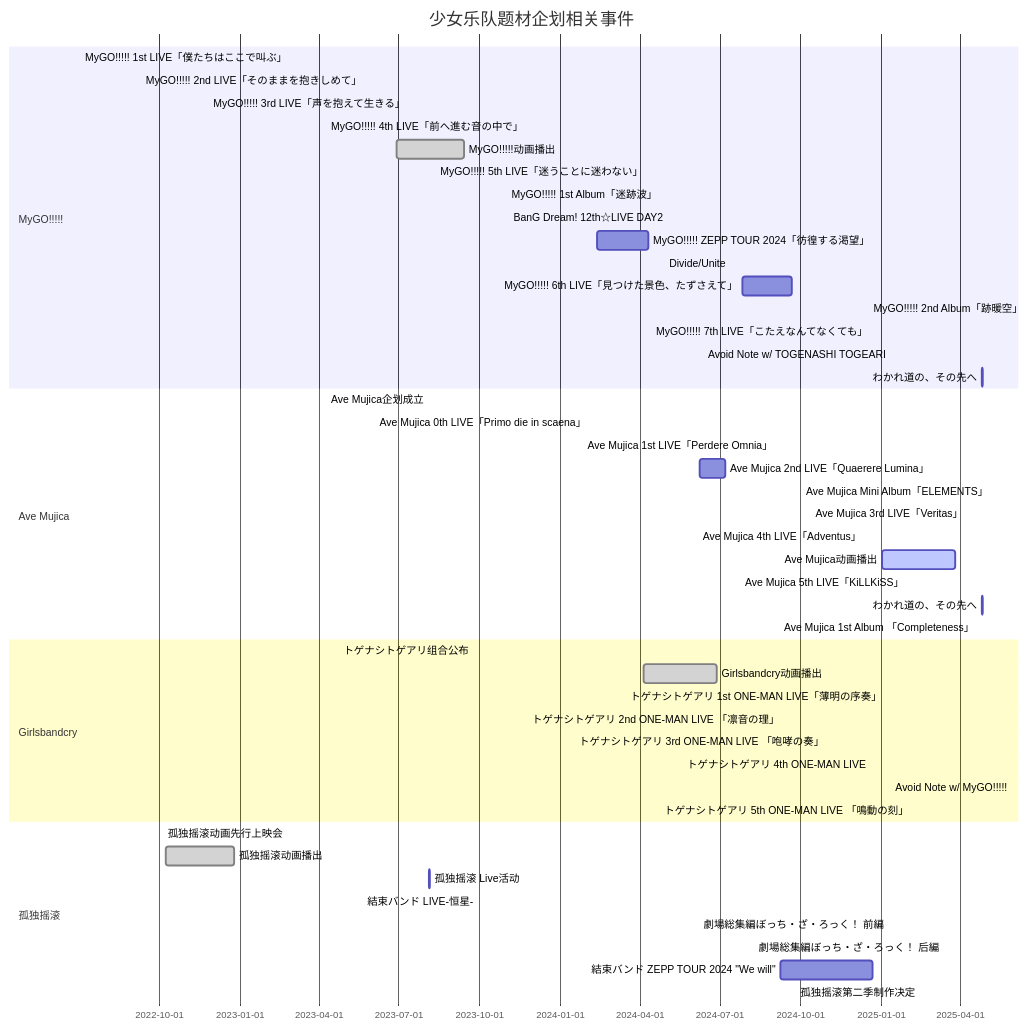
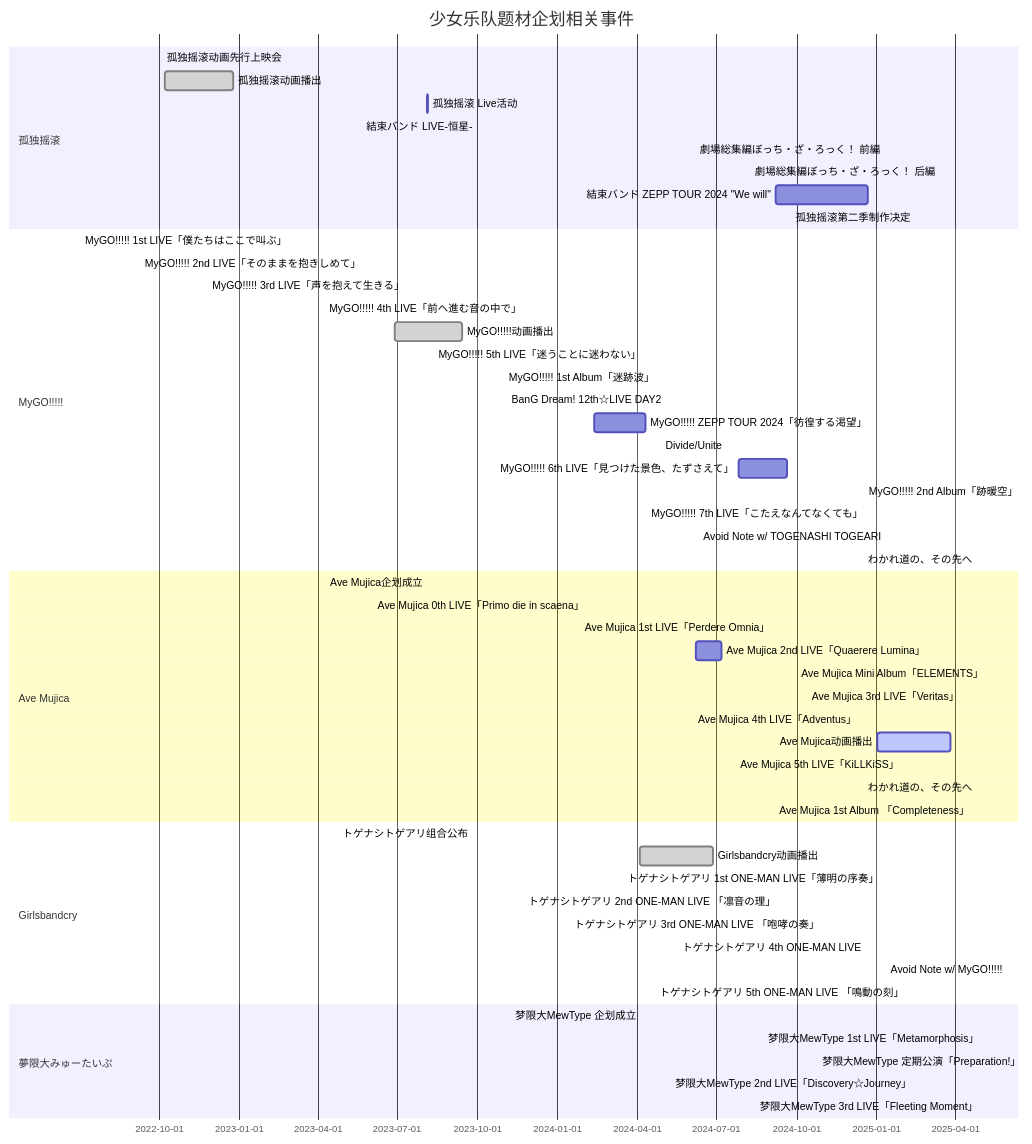
One commit to Chinasd1st/Chinasd1st.github.io changed the second of 2 diagrams in src/post/GirlsBands.md. Above: the diagram before and after it, drawn with Mermaid. The commit also changed other lines of this file, not shown here.

````diff
--- a/src/post/GirlsBands.md
+++ b/src/post/GirlsBands.md
@@ -17,58 +21,64 @@
 ```mermaid
 gantt
     title 少女乐队题材企划相关事件
     dateFormat  YYYY-MM-DD
+
+    section 孤独摇滚
+    孤独摇滚动画先行上映会 :done, 2022-10-05, 2022-10-05
+    孤独摇滚动画播出 :done, 2022-10-08, 2022-12-25
+    孤独摇滚 Live活动 : 2023-08-05, 2023-08-06
+    結束バンド LIVE-恒星- : 2023-05-21, 2023-05-21
+    劇場総集編ぼっち・ざ・ろっく！ 前編 : 2024-06-07, 2024-06-07
+    劇場総集編ぼっち・ざ・ろっく！ 后編 : 2024-08-09,2024-08-09
+    結束バンド ZEPP TOUR 2024 "We will" : 2024-09-08, 2024-12-22
+    孤独摇滚第二季制作决定 : 2025-02-15, 2025-02-15
+    
     section MyGO!!!!!
     %%MyGO!!!!!企划成立 :done, 2021-07-01, 2021-07-01
     MyGO!!!!! 1st LIVE「僕たちはここで叫ぶ」 : 2022-07-03, 2022-07-03
     MyGO!!!!! 2nd LIVE「そのままを抱きしめて」 : 2022-09-10, 2022-09-10
     MyGO!!!!! 3rd LIVE「声を抱えて生きる」 : 2022-11-26, 2022-11-26
     MyGO!!!!! 4th LIVE「前へ進む音の中で」 : 2023-04-09, 2023-04-09
     MyGO!!!!!动画播出 :done, 2023-06-29, 2023-09-14
     MyGO!!!!! 5th LIVE「迷うことに迷わない」 : 2023-08-12, 2023-08-12
     MyGO!!!!! 1st Album「迷跡波」: 2023-11-01, 2023-11-01
     BanG Dream! 12th☆LIVE DAY2:ちいさな一瞬 : 2023-11-04, 2023-11-04   
     MyGO!!!!! ZEPP TOUR 2024「彷徨する渇望」 : 2024-02-12, 2024-04-11
     Divide/Unite : 2024-04-29, 2024-04-29
     MyGO!!!!! 6th LIVE「見つけた景色、たずさえて」 : 2024-07-27, 2024-09-21    
     MyGO!!!!! 2nd Album「跡暖空」 : 2024-12-18, 2024-12-18
     MyGO!!!!! 7th LIVE「こたえなんてなくても」 : 2024-12-22, 2024-12-22
     Avoid Note w/ TOGENASHI TOGEARI : 2025-01-12, 2025-01-12
     わかれ道の、その先へ : 2025-04-26, 2025-04-27
 
 
     section Ave Mujica
     Ave Mujica企划成立 :done, 2023-04-10, 2023-04-10
     Ave Mujica 0th LIVE「Primo die in scaena」 : 2023-06-04, 2023-06-04
     Ave Mujica 1st LIVE「Perdere Omnia」 : 2024-01-27, 2024-01-27
     Ave Mujica 2nd LIVE「Quaerere Lumina」 : 2024-06-08, 2024-07-07
     Ave Mujica Mini Album「ELEMENTS」 : 2024-10-02, 2024-10-02
     Ave Mujica 3rd LIVE「Veritas」 : 2024-10-13, 2024-10-13
     Ave Mujica 4th LIVE「Adventus」 : 2024-12-15, 2024-12-15
     Ave Mujica动画播出 :active, 2025-01-02, 2025-03-27
     Ave Mujica 5th LIVE「KiLLKiSS」 : 2025-02-02, 2025-02-02
-    
     わかれ道の、その先へ : 2025-04-26, 2025-04-27
     Ave Mujica 1st Album 「Completeness」 : 2025-04-23, 2025-04-23
 
     section Girlsbandcry
     トゲナシトゲアリ组合公布 :done, 2023-04-24, 2023-04-24
     Girlsbandcry动画播出 :done, 2024-04-05, 2024-06-28
     トゲナシトゲアリ 1st ONE-MAN LIVE「薄明の序奏」 : 2024-03-16, 2024-03-16
     トゲナシトゲアリ 2nd ONE-MAN LIVE 「凛音の理」 : 2024-09-13, 2024-09-13
     トゲナシトゲアリ 3rd ONE-MAN LIVE 「咆哮の奏」 : 2024-11-02, 2024-11-02
     トゲナシトゲアリ 4th ONE-MAN LIVE : 2024-12-20, 2024-12-20
     Avoid Note w/ MyGO!!!!! : 2025-01-12, 2025-01-12
     トゲナシトゲアリ 5th ONE-MAN LIVE 「鳴動の刻」 : 2025-02-07, 2025-02-07
     
-
-    section 孤独摇滚
-    孤独摇滚动画先行上映会 :done, 2022-10-05, 2022-10-05
-    孤独摇滚动画播出 :done, 2022-10-08, 2022-12-25
-    孤独摇滚 Live活动 : 2023-08-05, 2023-08-06
-    結束バンド LIVE-恒星- : 2023-05-21, 2023-05-21
-    劇場総集編ぼっち・ざ・ろっく！ 前編 : 2024-06-07, 2024-06-07
-    劇場総集編ぼっち・ざ・ろっく！ 后編 : 2024-08-09,2024-08-09
-    結束バンド ZEPP TOUR 2024 "We will" : 2024-09-08, 2024-12-22
-    孤独摇滚第二季制作决定 : 2025-02-15, 2025-02-15
+    section 夢限大みゅーたいぷ
+    梦限大MewType 企划成立 : 2023.11.09, 2023.11.09
+    梦限大MewType 1st LIVE「Metamorphosis」: 2024.08.24, 2024.08.24
+    梦限大MewType 定期公演「Preparation!」: 2024.10.25, 2024.12.20
+    梦限大MewType 2nd LIVE「Discovery☆Journey」: 2025.02.16, 2025.02.16
+    梦限大MewType 3rd LIVE「Fleeting Moment」 : 2025.05.03, 2025.05.07
 ```
````
